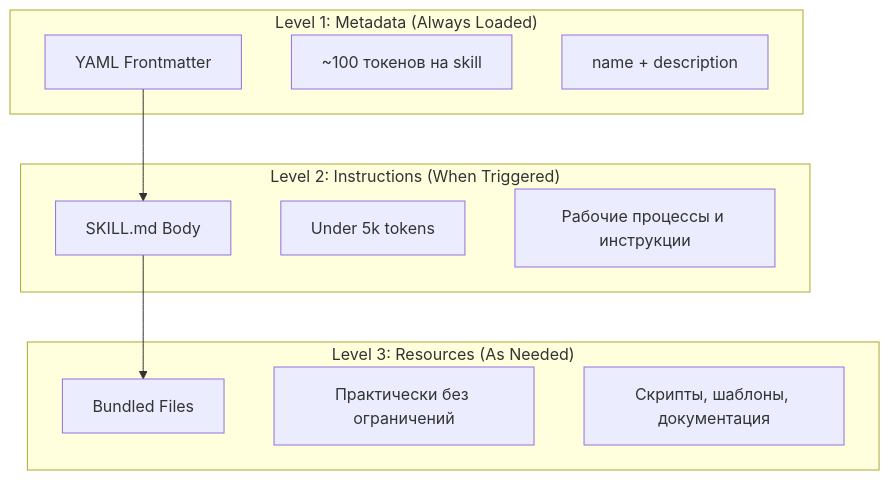
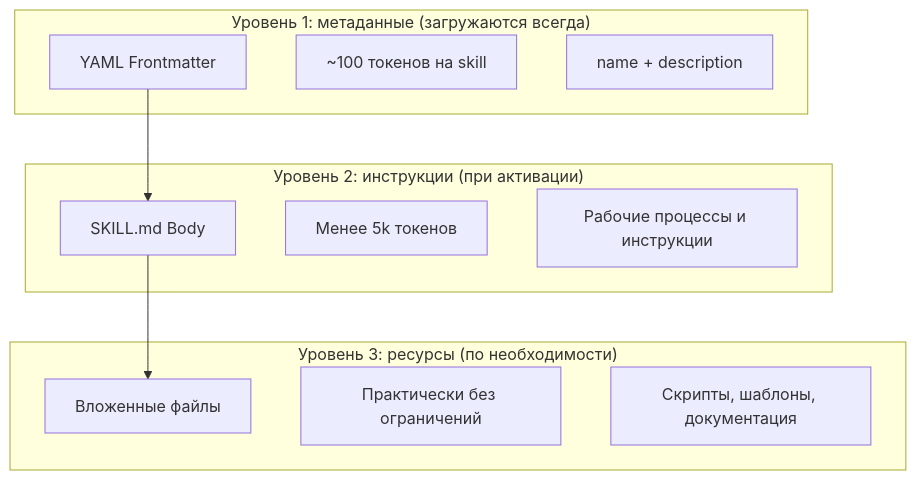
Before and after one commit to srpvpn/claude-howto-ru: the first of 2 diagrams in 03-skills/README.md, drawn with Mermaid. The commit also changed other lines of this file and 7 other files, not shown here.

````diff
--- a/03-skills/README.md
+++ b/03-skills/README.md
@@ -32,23 +32,23 @@
 ```mermaid
 graph TB
-    subgraph "Level 1: Metadata (Always Loaded)"
+    subgraph "Уровень 1: метаданные (загружаются всегда)"
         A["YAML Frontmatter"]
         A1["~100 токенов на skill"]
         A2["name + description"]
     end
 
-    subgraph "Level 2: Instructions (When Triggered)"
+    subgraph "Уровень 2: инструкции (при активации)"
         B["SKILL.md Body"]
-        B1["Under 5k tokens"]
+        B1["Менее 5k токенов"]
         B2["Рабочие процессы и инструкции"]
     end
 
-    subgraph "Level 3: Resources (As Needed)"
-        C["Bundled Files"]
+    subgraph "Уровень 3: ресурсы (по необходимости)"
+        C["Вложенные файлы"]
         C1["Практически без ограничений"]
         C2["Скрипты, шаблоны, документация"]
     end
 
     A --> B
     B --> C
 ```
````
